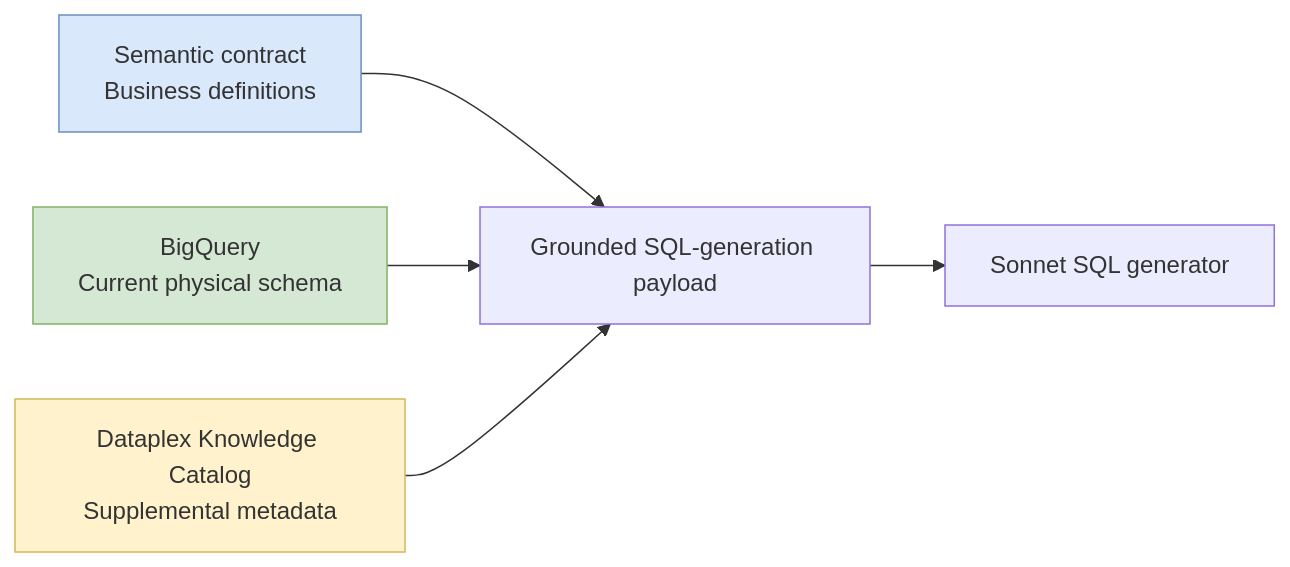
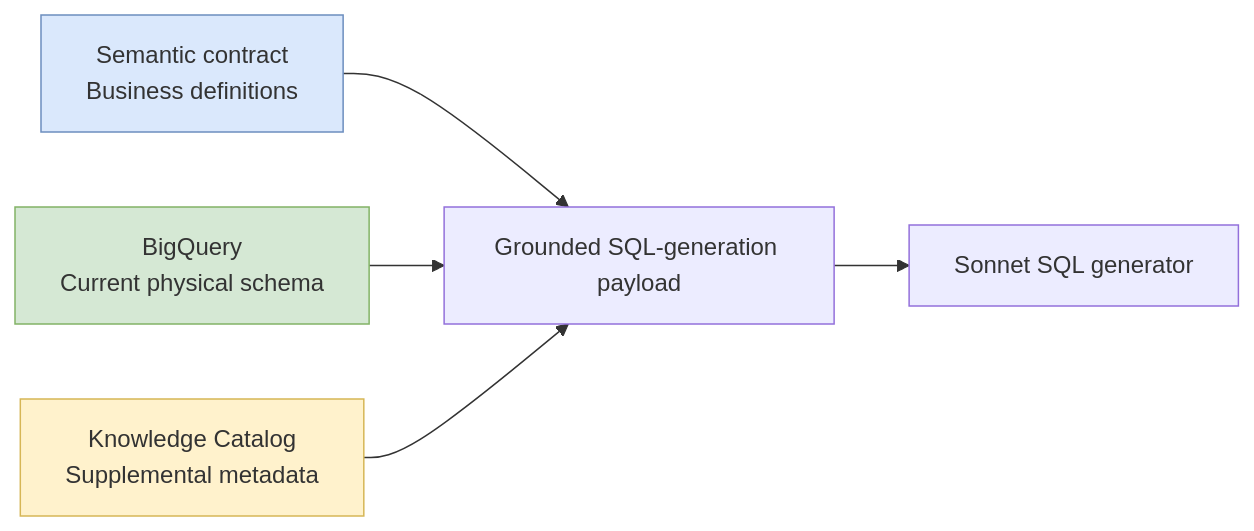
One commit to johanesalxd/random-stuff changed the third of 6 diagrams in bq_caapi_ge/advanced/app/semantic_analytics/evals/ADK_FLOW.md. Above: the diagram before and after it, drawn with Mermaid. The commit also changed other lines of this file and 54 other files, not shown here.

````diff
--- a/bq_caapi_ge/advanced/app/semantic_analytics/evals/ADK_FLOW.md
+++ b/bq_caapi_ge/advanced/app/semantic_analytics/evals/ADK_FLOW.md
@@ -110,11 +108,11 @@
 ```mermaid
 flowchart LR
     CONTRACT["Semantic contract<br/>Business definitions"] --> PAYLOAD[Grounded SQL-generation payload]
     BQ["BigQuery<br/>Current physical schema"] --> PAYLOAD
-    DP["Dataplex Knowledge Catalog<br/>Supplemental metadata"] --> PAYLOAD
+    DP["Knowledge Catalog<br/>Supplemental metadata"] --> PAYLOAD
     PAYLOAD --> SONNET[Sonnet SQL generator]
 
     style CONTRACT fill:#dae8fc,stroke:#6c8ebf
     style BQ fill:#d5e8d4,stroke:#82b366
     style DP fill:#fff2cc,stroke:#d6b656
 ```
````
